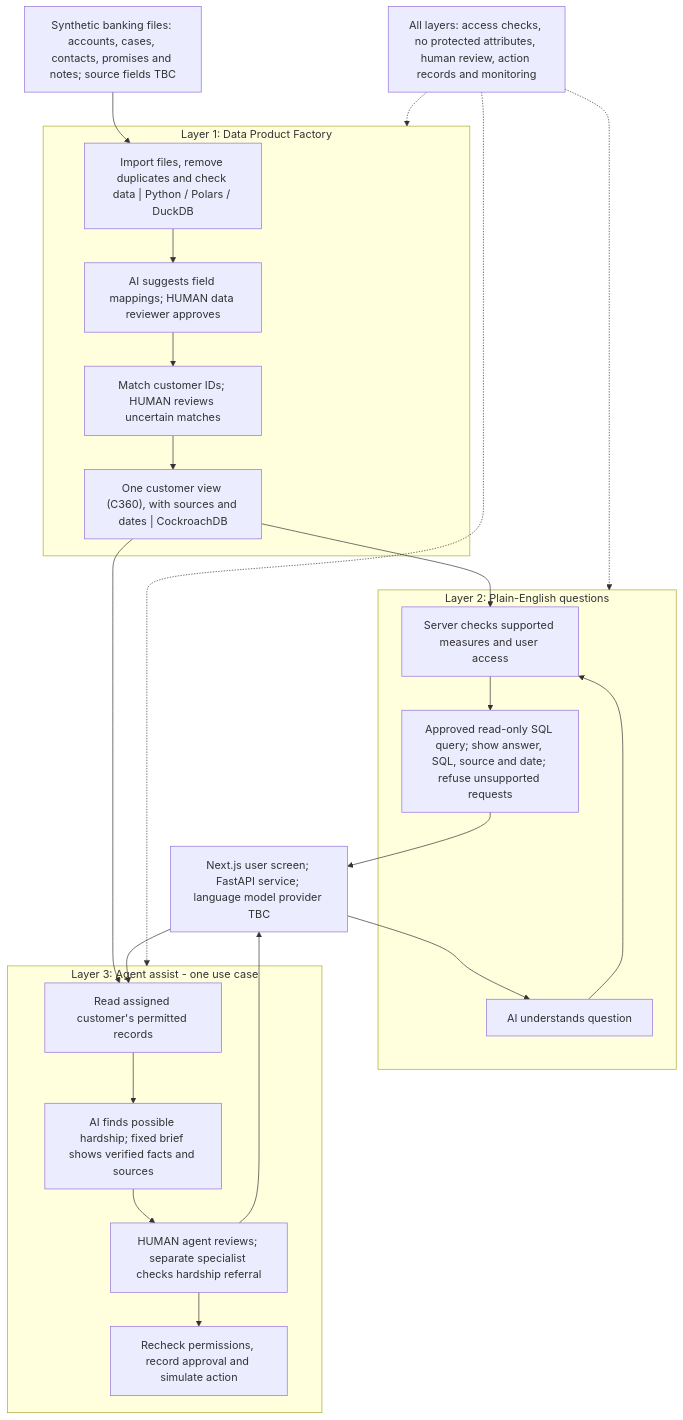
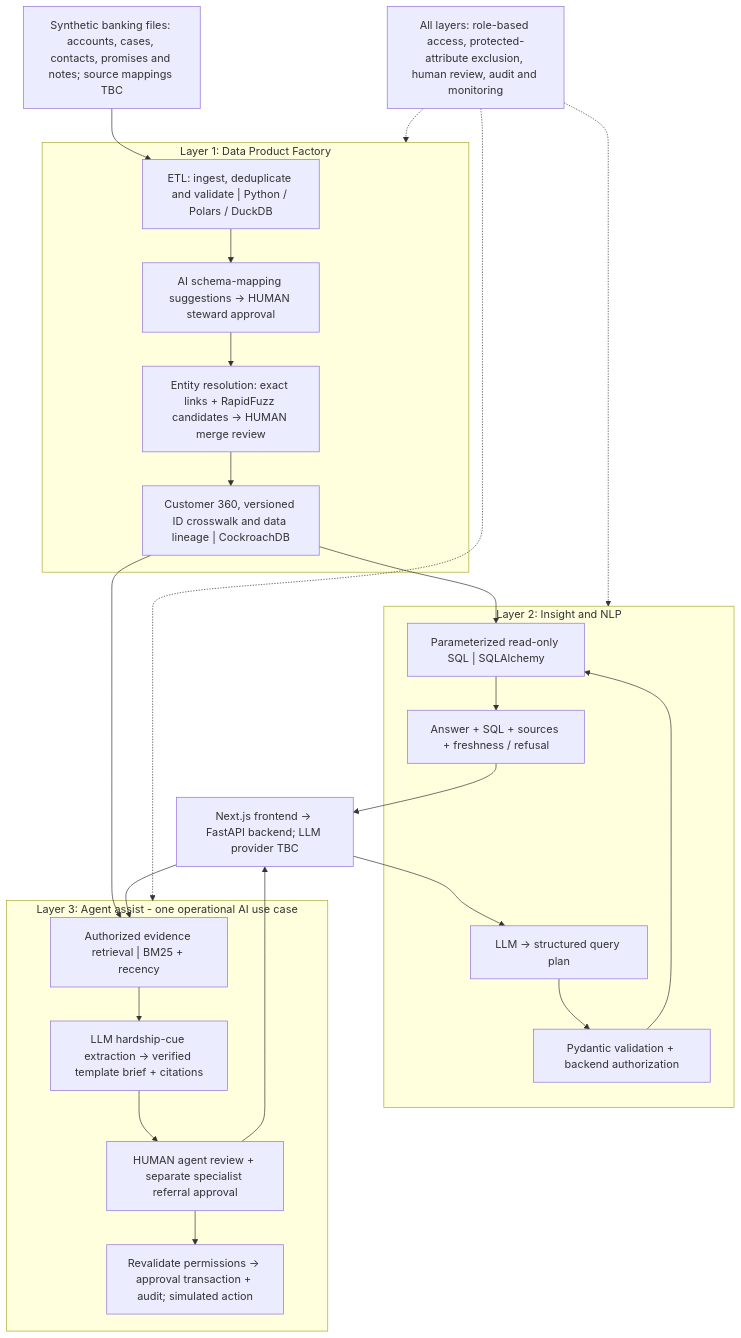
Before and after one commit to pg1590/cibc-collections-copilot: the diagram in docs/architecture.mmd, drawn with Mermaid. The commit also changed 5 other files, not shown here.

```diff
--- a/docs/architecture.mmd
+++ b/docs/architecture.mmd
@@ -1,33 +1,34 @@
 flowchart TB
-  SRC["Synthetic banking files: accounts, cases, contacts, promises and notes; source fields TBC"]
+  SRC["Synthetic banking files: accounts, cases, contacts, promises and notes; source mappings TBC"]
   subgraph L1["Layer 1: Data Product Factory"]
-    LOAD["Import files, remove duplicates and check data | Python / Polars / DuckDB"]
-    MAP["AI suggests field mappings; HUMAN data reviewer approves"]
-    MATCH["Match customer IDs; HUMAN reviews uncertain matches"]
-    VIEW["One customer view (C360), with sources and dates | CockroachDB"]
-    LOAD --> MAP --> MATCH --> VIEW
+    ETL["ETL: ingest, deduplicate and validate | Python / Polars / DuckDB"]
+    MAP["AI schema-mapping suggestions -> HUMAN steward approval"]
+    ID["Entity resolution: exact links + RapidFuzz candidates -> HUMAN merge review"]
+    C360["Customer 360, versioned ID crosswalk and data lineage | CockroachDB"]
+    ETL --> MAP --> ID --> C360
   end
-  SRC --> LOAD
-  subgraph L2["Layer 2: Plain-English questions"]
-    QUESTION["AI understands question"]
-    CHECK["Server checks supported measures and user access"]
-    ANSWER["Approved read-only SQL query; show answer, SQL, source and date; refuse unsupported requests"]
-    QUESTION --> CHECK --> ANSWER
+  SRC --> ETL
+  subgraph L2["Layer 2: Insight and NLP"]
+    PLAN["LLM -> structured query plan"]
+    VALIDATE["Pydantic validation + backend authorization"]
+    SQL["Parameterized read-only SQL | SQLAlchemy"]
+    ANSWER["Answer + SQL + sources + freshness / refusal"]
+    PLAN --> VALIDATE --> SQL --> ANSWER
   end
-  subgraph L3["Layer 3: Agent assist - one use case"]
-    RECORDS["Read assigned customer's permitted records"]
-    BRIEF["AI finds possible hardship; fixed brief shows verified facts and sources"]
-    REVIEW["HUMAN agent reviews; separate specialist checks hardship referral"]
-    APPROVE["Recheck permissions, record approval and simulate action"]
-    RECORDS --> BRIEF --> REVIEW --> APPROVE
+  subgraph L3["Layer 3: Agent assist - one operational AI use case"]
+    RETRIEVE["Authorized evidence retrieval | BM25 + recency"]
+    BRIEF["LLM hardship-cue extraction -> verified template brief + citations"]
+    REVIEW["HUMAN agent review + separate specialist referral approval"]
+    APPROVE["Revalidate permissions -> approval transaction + audit; simulated action"]
+    RETRIEVE --> BRIEF --> REVIEW --> APPROVE
   end
-  VIEW --> CHECK
-  VIEW --> RECORDS
-  UI["Next.js user screen; FastAPI service; language model provider TBC"] --> QUESTION
-  UI --> RECORDS
+  C360 --> SQL
+  C360 --> RETRIEVE
+  UI["Next.js frontend -> FastAPI backend; LLM provider TBC"] --> PLAN
+  UI --> RETRIEVE
   ANSWER --> UI
   REVIEW --> UI
-  GOV["All layers: access checks, no protected attributes, human review, action records and monitoring"]
+  GOV["All layers: role-based access, protected-attribute exclusion, human review, audit and monitoring"]
   GOV -.-> L1
   GOV -.-> L2
   GOV -.-> L3
```
